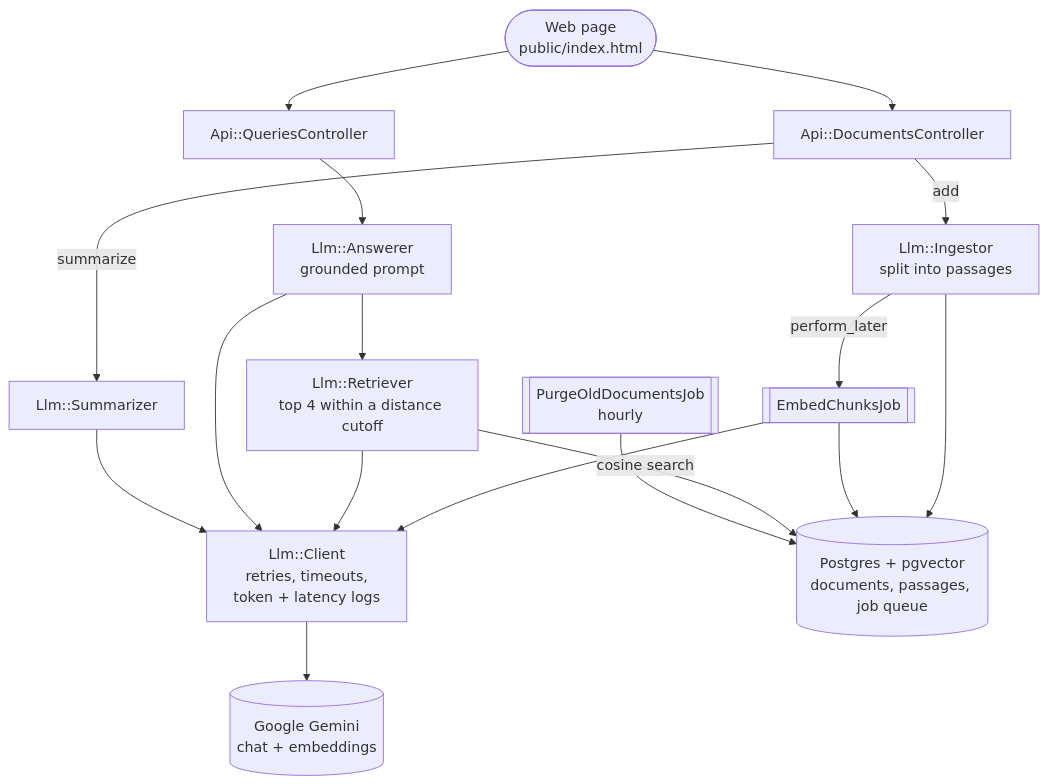
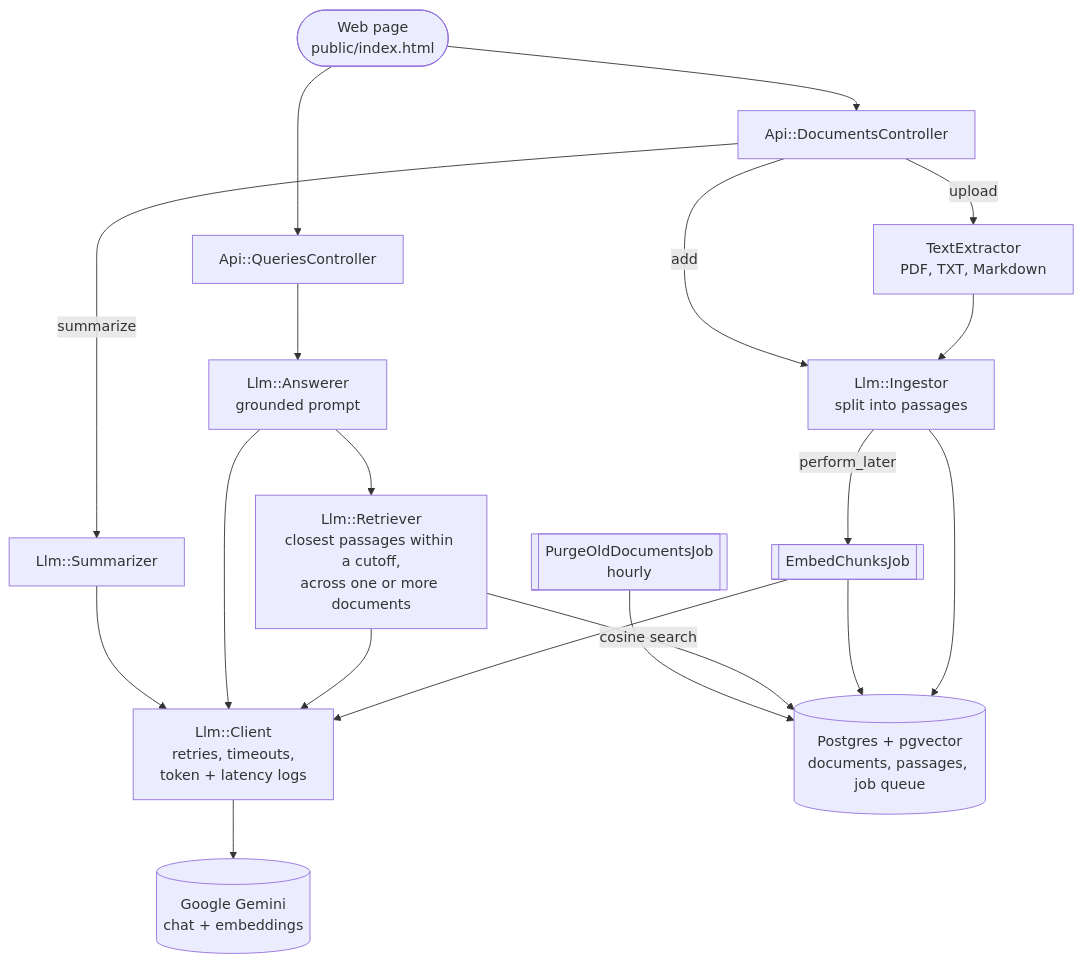
Before and after one commit to kihuyu/docqa: the diagram in README.md, drawn with Mermaid. The commit also changed other lines of this file, not shown here.

Commit message:
Addition of file upload instructions

````diff
--- a/README.md
+++ b/README.md
@@ -32,22 +35,24 @@
 ```mermaid
 flowchart TB
     U([Web page<br/>public/index.html]) --> DC[Api::DocumentsController]
     U --> QC[Api::QueriesController]
 
+    DC -->|upload| TX[TextExtractor<br/>PDF, TXT, Markdown]
+    TX --> ING
     DC -->|add| ING[Llm::Ingestor<br/>split into passages]
     DC -->|summarize| SUM[Llm::Summarizer]
     QC --> ANS[Llm::Answerer<br/>grounded prompt]
-    ANS --> RET[Llm::Retriever<br/>top 4 within a distance cutoff]
+    ANS --> RET[Llm::Retriever<br/>closest passages within a cutoff,<br/>across one or more documents]
 
     ING -->|perform_later| JOB[[EmbedChunksJob]]
     JOB --> LLM
     RET --> LLM
     ANS --> LLM
     SUM --> LLM
     LLM[Llm::Client<br/>retries, timeouts,<br/>token + latency logs] --> G[(Google Gemini<br/>chat + embeddings)]
 
     ING --> PG[(Postgres + pgvector<br/>documents, passages, job queue)]
     JOB --> PG
     RET -->|cosine search| PG
     PURGE[[PurgeOldDocumentsJob<br/>hourly]] --> PG
 ```
````
